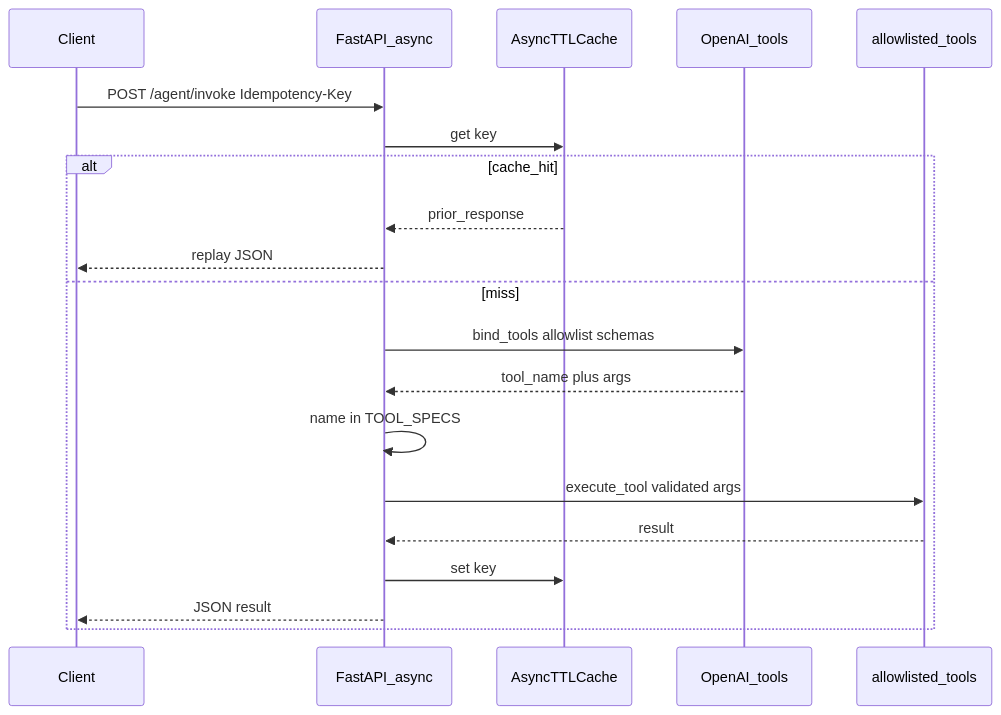
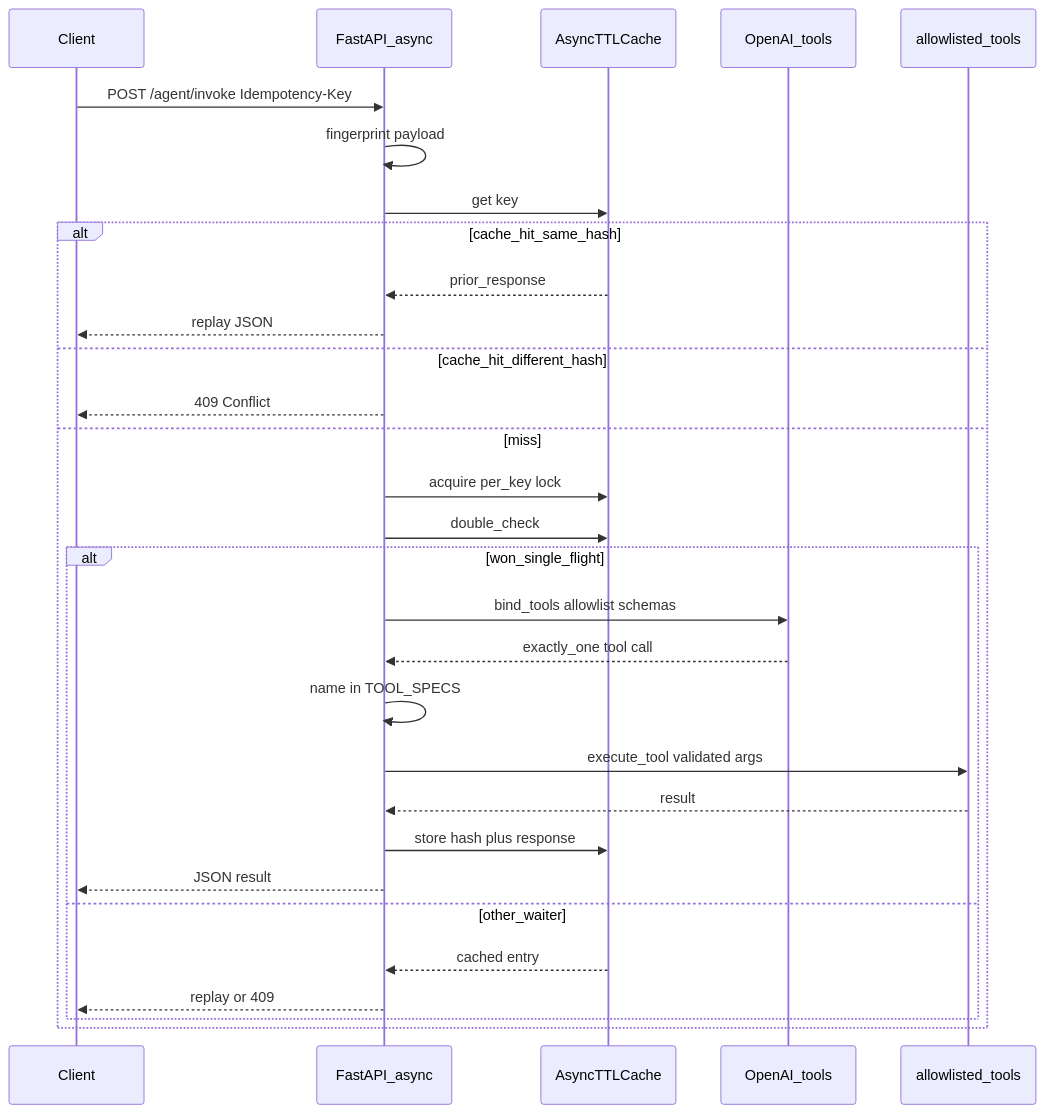
One commit to IhabRamadan1/recommendation-agent changed the diagram in diagrams/sequence_diagram.md. Above: the diagram before and after it, drawn with Mermaid. The commit also changed other lines of this file and 16 other files, not shown here.

First line of the commit message:
Harden idempotency, ranking, and tool-call safety.

````diff
--- a/diagrams/sequence_diagram.md
+++ b/diagrams/sequence_diagram.md
@@ -5,23 +19,33 @@
 ```mermaid
 sequenceDiagram
   participant Client
   participant API as FastAPI_async
   participant Cache as AsyncTTLCache
   participant LLM as OpenAI_tools
   participant Tools as allowlisted_tools
 
   Client->>API: POST /agent/invoke Idempotency-Key
+  API->>API: fingerprint payload
   API->>Cache: get key
-  alt cache_hit
+  alt cache_hit_same_hash
     Cache-->>API: prior_response
     API-->>Client: replay JSON
+  else cache_hit_different_hash
+    API-->>Client: 409 Conflict
   else miss
-    API->>LLM: bind_tools allowlist schemas
-    LLM-->>API: tool_name plus args
-    API->>API: name in TOOL_SPECS
-    API->>Tools: execute_tool validated args
-    Tools-->>API: result
-    API->>Cache: set key
-    API-->>Client: JSON result
+    API->>Cache: acquire per_key lock
+    API->>Cache: double_check
+    alt won_single_flight
+      API->>LLM: bind_tools allowlist schemas
+      LLM-->>API: exactly_one tool call
+      API->>API: name in TOOL_SPECS
+      API->>Tools: execute_tool validated args
+      Tools-->>API: result
+      API->>Cache: store hash plus response
+      API-->>Client: JSON result
+    else other_waiter
+      Cache-->>API: cached entry
+      API-->>Client: replay or 409
+    end
   end
 ```
````
